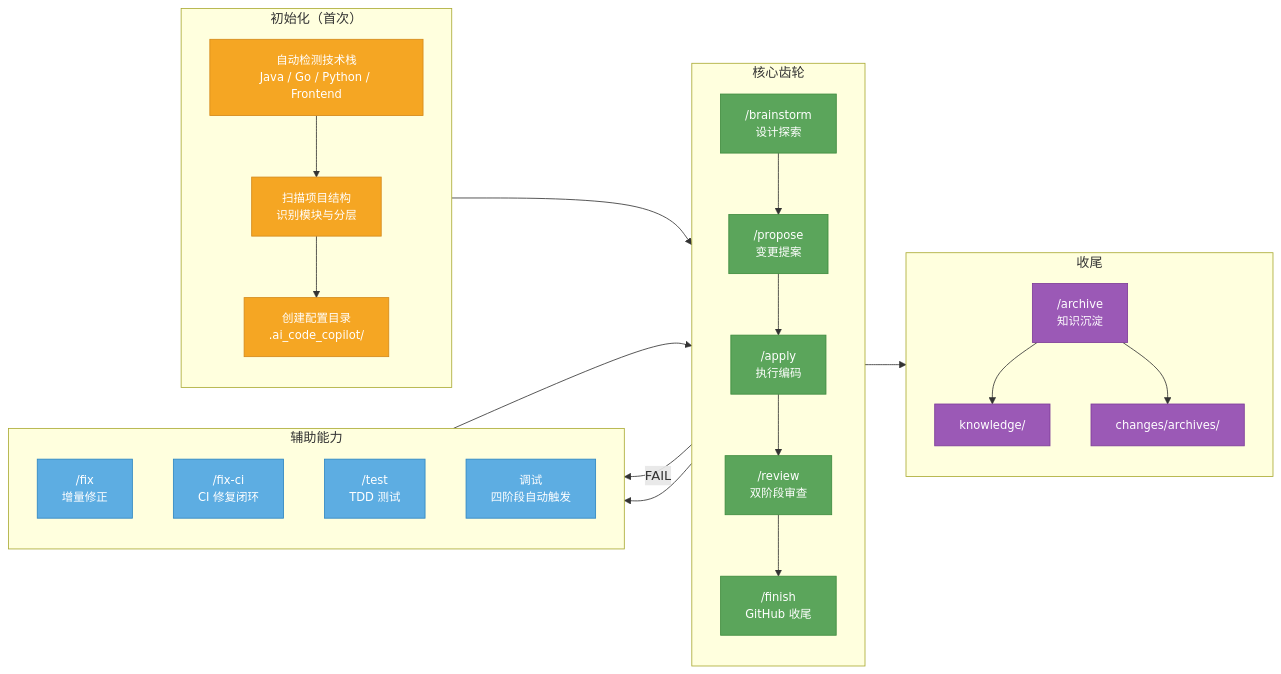
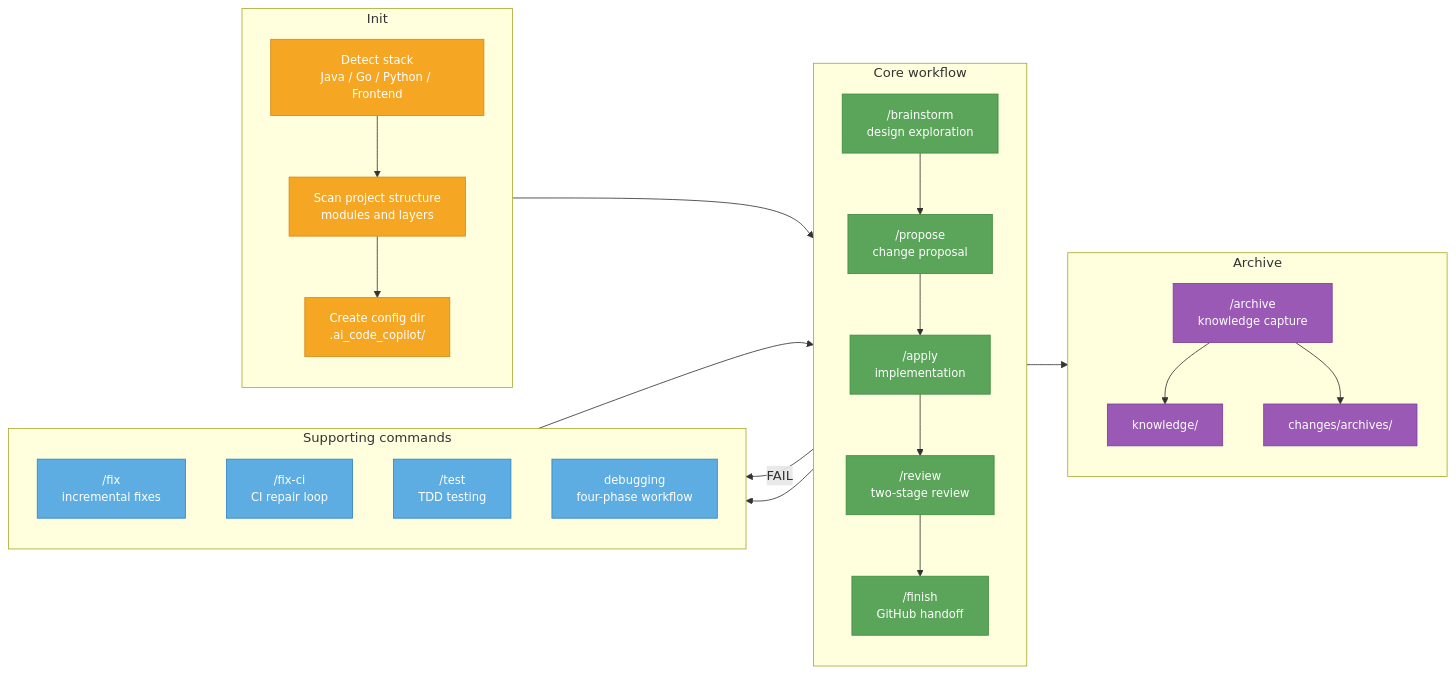
The diagram in README.md (ting2tao/ai-code-copilot), drawn with Mermaid before and after one commit. The commit also changed other lines of this file and 2 other files, not shown here.

````diff
--- a/README.md
+++ b/README.md
@@ -47,55 +51,55 @@
 ```mermaid
 flowchart LR
-    subgraph Init ["  初始化（首次）"]
+    subgraph Init ["  Init"]
         direction TB
-        I1["自动检测技术栈<br/>Java / Go / Python / Frontend"]
-        I2["扫描项目结构<br/>识别模块与分层"]
-        I3["创建配置目录<br/>.ai_code_copilot/"]
+        I1["Detect stack<br/>Java / Go / Python / Frontend"]
+        I2["Scan project structure<br/>modules and layers"]
+        I3["Create config dir<br/>.ai_code_copilot/"]
         I1 --> I2 --> I3
     end
 
-    subgraph Gears ["  核心齿轮"]
+    subgraph Gears ["  Core workflow"]
         direction TB
-        Brain["/brainstorm<br/>设计探索"]
-        Spec["/propose<br/>变更提案"]
-        Code["/apply<br/>执行编码"]
-        Check["/review<br/>双阶段审查"]
-        Finish["/finish<br/>GitHub 收尾"]
+        Brain["/brainstorm<br/>design exploration"]
+        Spec["/propose<br/>change proposal"]
+        Code["/apply<br/>implementation"]
+        Check["/review<br/>two-stage review"]
+        Finish["/finish<br/>GitHub handoff"]
         Brain --> Spec --> Code --> Check
         Check --> Finish
     end
 
-    subgraph Side ["  辅助能力"]
+    subgraph Side ["  Supporting commands"]
         direction TB
-        Fix["/fix<br/>增量修正"]
-        FixCI["/fix-ci<br/>CI 修复闭环"]
-        Test["/test<br/>TDD 测试"]
-        Debug["调试<br/>四阶段自动触发"]
+        Fix["/fix<br/>incremental fixes"]
+        FixCI["/fix-ci<br/>CI repair loop"]
+        Test["/test<br/>TDD testing"]
+        Debug["debugging<br/>four-phase workflow"]
     end
 
-    subgraph Final ["  收尾"]
+    subgraph Final ["  Archive"]
         direction TB
-        Archive["/archive<br/>知识沉淀"]
+        Archive["/archive<br/>knowledge capture"]
         Knowledge["knowledge/"]
         Archives["changes/archives/"]
         Archive --> Knowledge
         Archive --> Archives
     end
 
     Init --> Gears
     Check -->|"FAIL"| Fix
     Fix --> Check
     Gears --> Side
     Gears --> Final
 
     classDef gear fill:#5BA55B,stroke:#3D8B3D,color:#fff,font-size:14px
     classDef side fill:#5DADE2,stroke:#2E86C1,color:#fff,font-size:14px
     classDef final fill:#9B59B6,stroke:#7D3C98,color:#fff,font-size:14px
     classDef init fill:#F5A623,stroke:#D4891A,color:#fff,font-size:14px
 
     class Brain,Spec,Code,Check gear
     class Finish gear
     class Fix,FixCI,Test,Debug side
     class Archive,Knowledge,Archives final
     class I1,I2,I3 init
 ```
````
